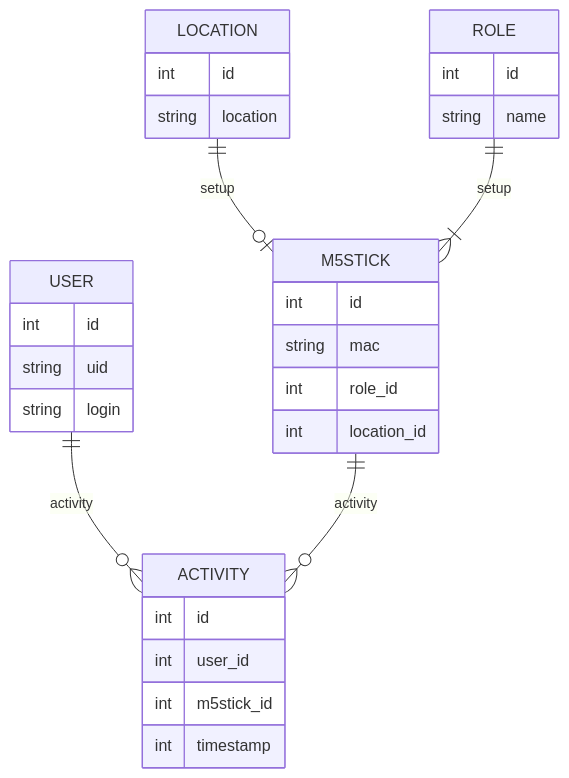
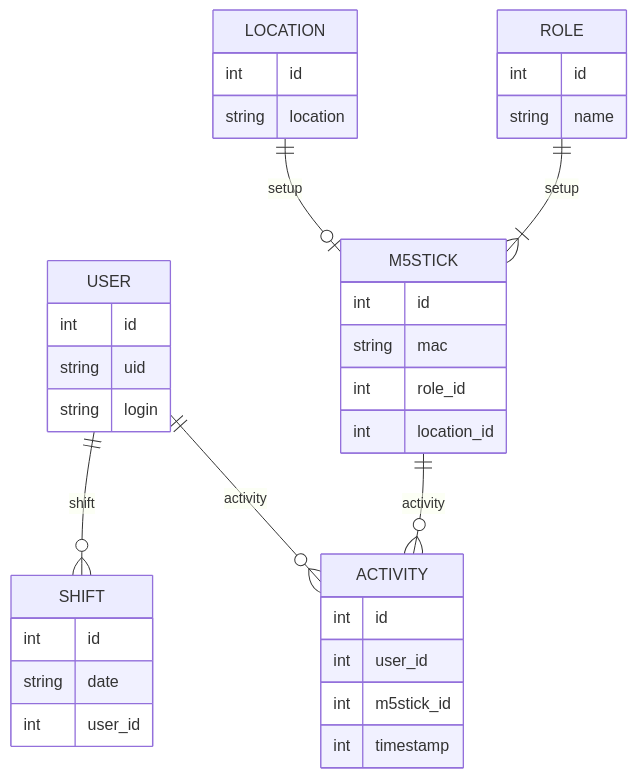
One commit to 42association/42ActivityAPI changed the diagram in doc/er/tables.md. Above: the diagram before and after it, drawn with Mermaid.

Commit message:
Update er graph

````diff
--- a/doc/er/tables.md
+++ b/doc/er/tables.md
@@ -3,37 +3,44 @@
 ```mermaid
 erDiagram
 
+    USER ||--o{ SHIFT : shift
     USER ||--o{ ACTIVITY : activity
     USER {
         int id
         string uid
         string login
+    }
+
+    SHIFT {
+        int id
+        string date
+        int user_id
     }
 
     LOCATION ||--o| M5STICK : setup
     LOCATION {
         int id
         string location
     }
 
     ROLE ||--|{ M5STICK : setup
     ROLE {
         int id
         string name
     }
 
     M5STICK ||--o{ ACTIVITY : activity
     M5STICK {
         int id
         string mac
         int role_id
         int location_id
     }
 
     ACTIVITY {
         int id
         int user_id
         int m5stick_id
         int timestamp
     }
 ```
````
